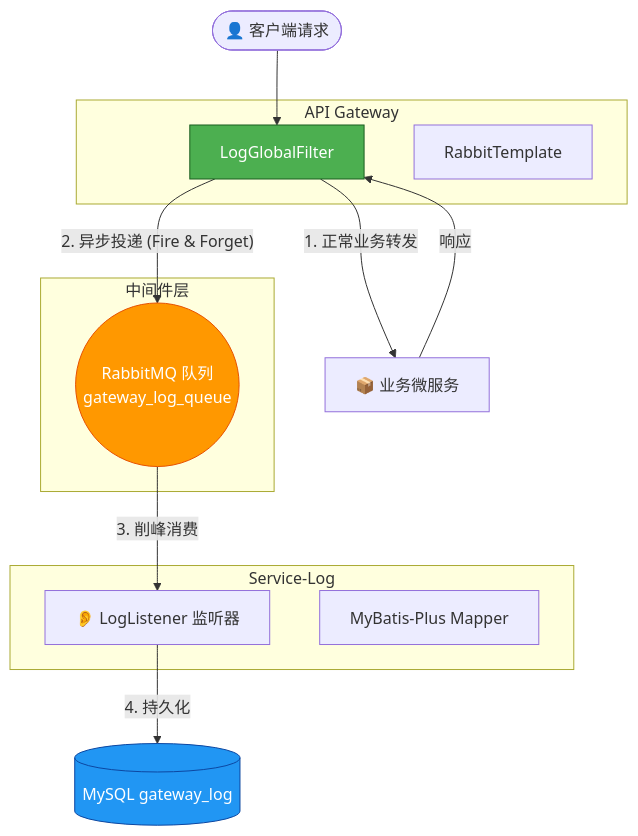
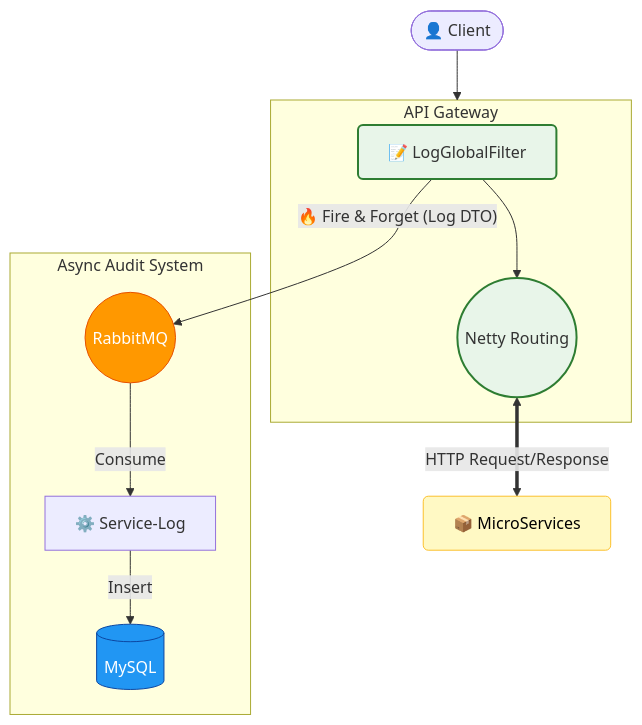
Before and after one commit to RCPawn/api-gateway: the fifth of 5 diagrams in README.md, drawn with Mermaid. The commit also changed other lines of this file and 26 other files, not shown here.

````diff
--- a/README.md
+++ b/README.md
@@ -199,31 +199,34 @@
 ```mermaid
 graph TD
-    %% 样式定义
-    classDef mq fill:#ff9800,stroke:#e65100,color:white;
-    classDef db fill:#2196f3,stroke:#0d47a1,color:white;
-    classDef gateway fill:#4caf50,stroke:#1b5e20,color:white;
+%% 样式定义
+    classDef client fill:#e3f2fd,stroke:#1565c0,stroke-width:2px;
+    classDef filter fill:#e8f5e9,stroke:#2e7d32,stroke-width:2px,rx:5;
+    classDef mq fill:#ff9800,stroke:#e65100,color:white,rx:5;
+    classDef db fill:#2196f3,stroke:#0d47a1,color:white,rx:5;
+    classDef service fill:#fff9c4,stroke:#fbc02d,color:black,rx:5;
 
-    User([👤 客户端请求]) --> Gateway
-    
-    subgraph 网关层 [API Gateway]
-        Gateway[LogGlobalFilter]:::gateway
-        Sender[RabbitTemplate]
-    end
-    
-    Gateway -->|1. 正常业务转发| MicroService[📦 业务微服务]
-    MicroService -->|响应| Gateway
-    
-    Gateway --"2. 异步投递 (Fire & Forget)"--> MQ
-    
-    subgraph 中间件层
-        MQ((RabbitMQ 队列\ngateway_log_queue)):::mq
-    end
-    
-    subgraph 日志服务层 [Service-Log]
-        Consumer[👂 LogListener 监听器]
-        Mapper[MyBatis-Plus Mapper]
-    end
-    
-    MQ -->|3. 削峰消费| Consumer
-    Consumer -->|4. 持久化| DB[(MySQL gateway_log)]:::db
+    Client([👤 Client]) --> Gateway
+
+subgraph Gateway [API Gateway]
+%% 核心逻辑：Filter 只是一个切面
+LogFilter[📝 LogGlobalFilter]:::filter
+Routing((Netty Routing)):::filter
+
+LogFilter --> Routing
+end
+
+%% 主业务流 (Main Flow)
+Routing <==>|HTTP Request/Response| MicroService[📦 MicroServices]:::service
+
+%% 异步旁路 (Async Sidecar)
+LogFilter --"🔥 Fire & Forget (Log DTO)"--> MQ
+
+subgraph Async_Audit [Async Audit System]
+MQ((RabbitMQ)):::mq
+LogService[⚙️ Service-Log]
+DB[(MySQL)]:::db
+
+MQ -->|Consume| LogService
+LogService -->|Insert| DB
+end
 ```
````
